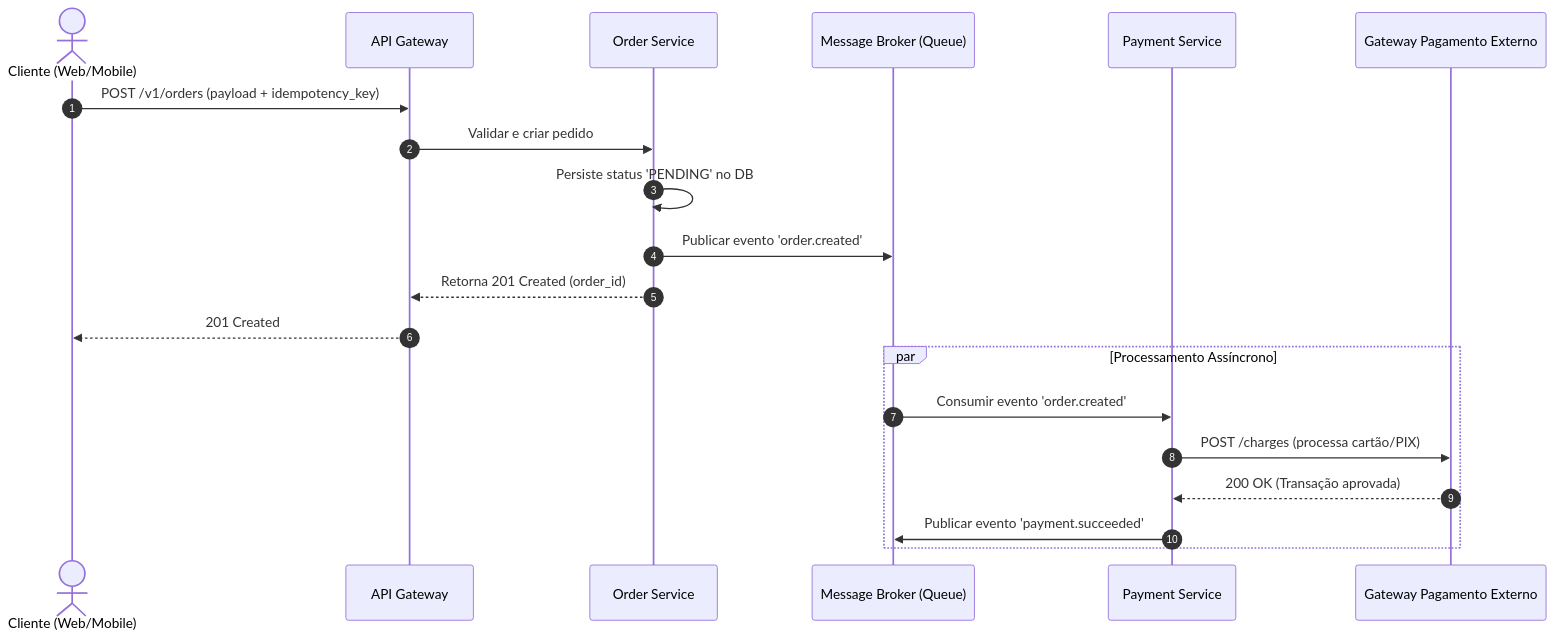
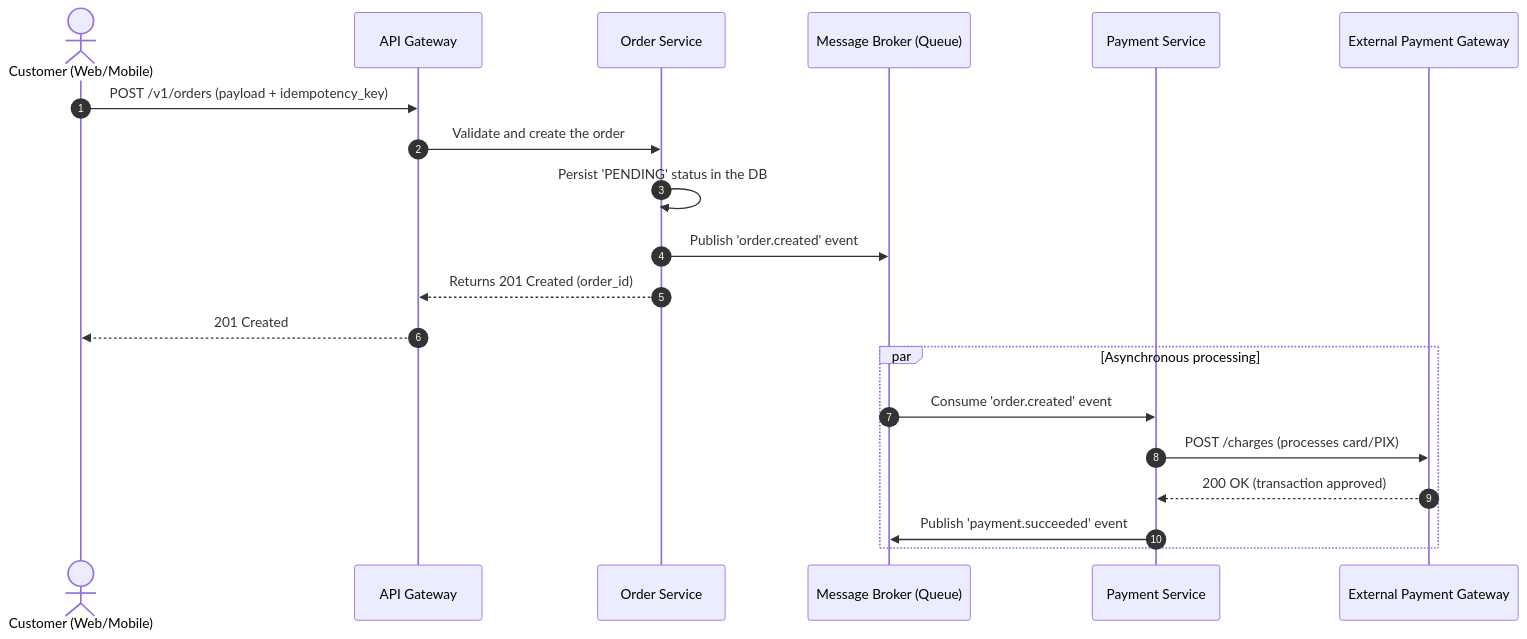
The third of 4 diagrams in skills/engineering/architect/references/c4-and-diagrams.md (alltomatos/skills), drawn with Mermaid before and after one commit. The commit also changed other lines of this file and 60 other files, not shown here.

````diff
--- a/skills/engineering/architect/references/c4-and-diagrams.md
+++ b/skills/engineering/architect/references/c4-and-diagrams.md
@@ -66,24 +66,24 @@
 ```mermaid
 sequenceDiagram
     autonumber
-    actor Client as Cliente (Web/Mobile)
+    actor Client as Customer (Web/Mobile)
     participant Gateway as API Gateway
     participant OrderSvc as Order Service
     participant Broker as Message Broker (Queue)
     participant PaySvc as Payment Service
-    participant GatewayExt as Gateway Pagamento Externo
+    participant GatewayExt as External Payment Gateway
 
     Client->>Gateway: POST /v1/orders (payload + idempotency_key)
-    Gateway->>OrderSvc: Validar e criar pedido
-    OrderSvc->>OrderSvc: Persiste status 'PENDING' no DB
-    OrderSvc->>Broker: Publicar evento 'order.created'
-    OrderSvc-->>Gateway: Retorna 201 Created (order_id)
+    Gateway->>OrderSvc: Validate and create the order
+    OrderSvc->>OrderSvc: Persist 'PENDING' status in the DB
+    OrderSvc->>Broker: Publish 'order.created' event
+    OrderSvc-->>Gateway: Returns 201 Created (order_id)
     Gateway-->>Client: 201 Created
 
-    par Processamento Assíncrono
-        Broker->>PaySvc: Consumir evento 'order.created'
-        PaySvc->>GatewayExt: POST /charges (processa cartão/PIX)
-        GatewayExt-->>PaySvc: 200 OK (Transação aprovada)
-        PaySvc->>Broker: Publicar evento 'payment.succeeded'
+    par Asynchronous processing
+        Broker->>PaySvc: Consume 'order.created' event
+        PaySvc->>GatewayExt: POST /charges (processes card/PIX)
+        GatewayExt-->>PaySvc: 200 OK (transaction approved)
+        PaySvc->>Broker: Publish 'payment.succeeded' event
     end
 ```
````
